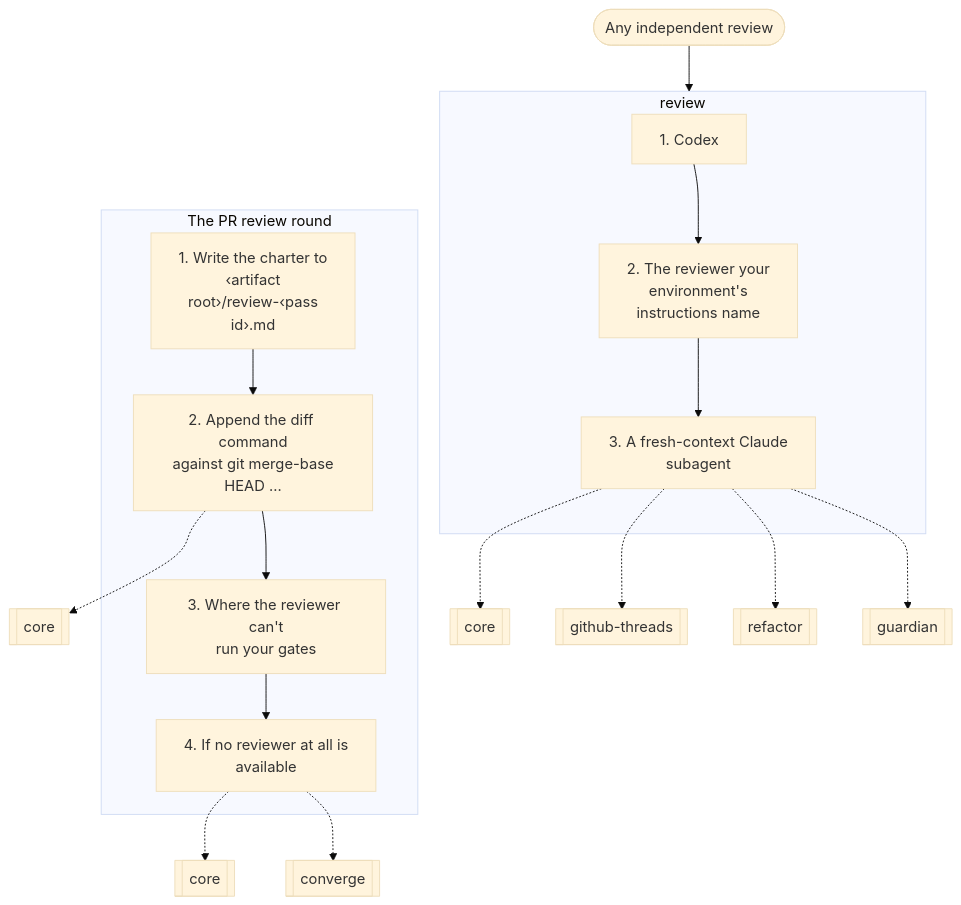
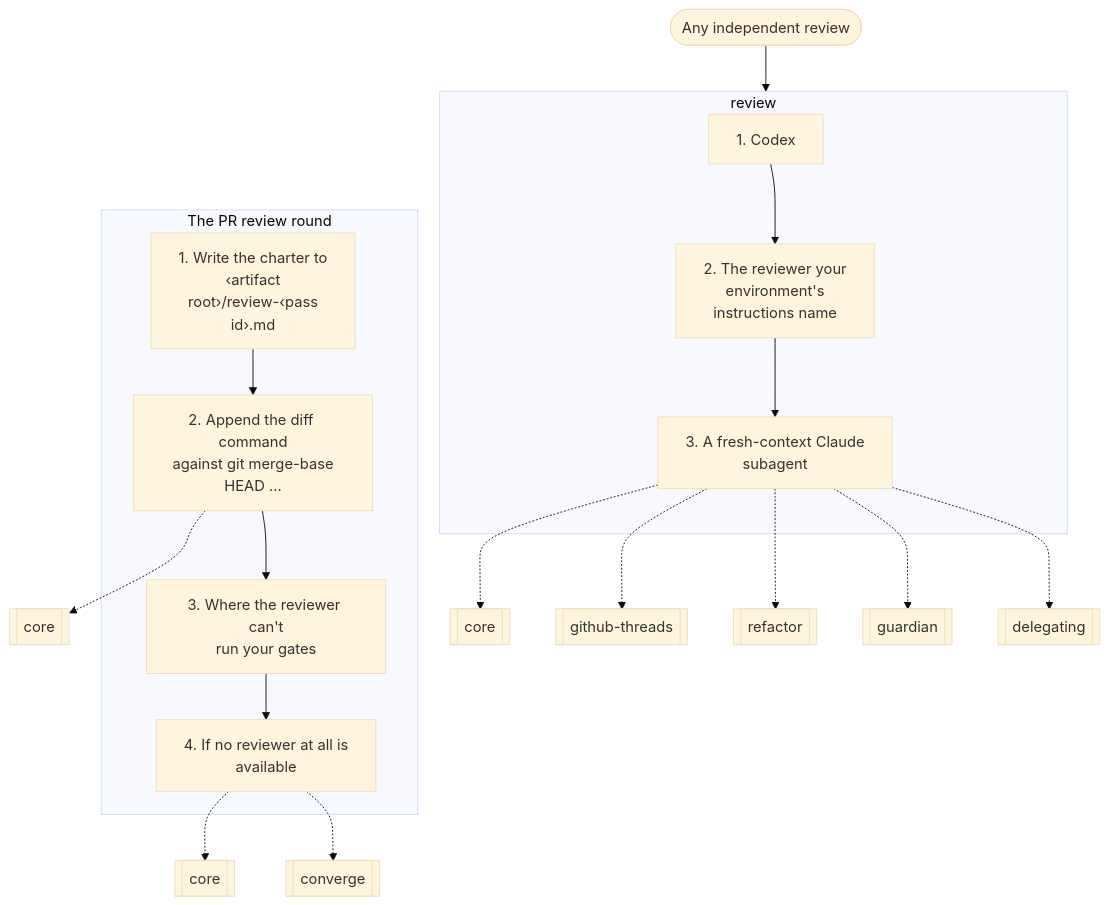
Before and after one commit to nitedani/mergeworthy: diagram 12 of 14 in docs/graphs.md, drawn with Mermaid (base theme). The commit also changed other lines of this file and 3 other files, not shown here.

````diff
--- a/docs/graphs.md
+++ b/docs/graphs.md
@@ -312,29 +312,30 @@
 ```mermaid
 flowchart TB
   start(["Any independent review"])
   subgraph g0["review"]
     s0["1. Codex"]
     s1["2. The reviewer your<br/>environment's<br/>instructions name"]
     s0 --> s1
     s2["3. A fresh-context Claude<br/>subagent"]
     s1 --> s2
   end
-  s2 -.-> r1[["guardian"]]
-  s2 -.-> r2[["refactor"]]
-  s2 -.-> r3[["github-threads"]]
-  s2 -.-> r4[["core"]]
+  s2 -.-> r1[["delegating"]]
+  s2 -.-> r2[["guardian"]]
+  s2 -.-> r3[["refactor"]]
+  s2 -.-> r4[["github-threads"]]
+  s2 -.-> r5[["core"]]
   subgraph g1["The PR review round"]
     s3["1. Write the charter to<br/>‹artifact<br/>root›/review-‹pass<br/>id›.md"]
     s4["2. Append the diff command<br/>against git merge-base<br/>HEAD …"]
     s3 --> s4
     s5["3. Where the reviewer can't<br/>run your gates"]
     s4 --> s5
     s6["4. If no reviewer at all is<br/>available"]
     s5 --> s6
   end
-  s4 -.-> r5[["core"]]
-  s6 -.-> r6[["converge"]]
-  s6 -.-> r7[["core"]]
+  s4 -.-> r6[["core"]]
+  s6 -.-> r7[["converge"]]
+  s6 -.-> r8[["core"]]
   start --> g0
   g0 ~~~ g1
 ```
````
